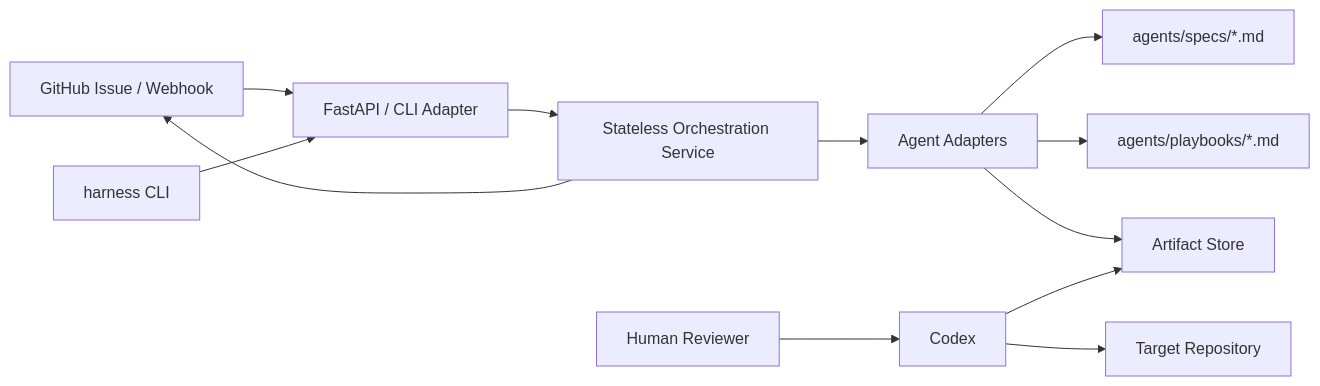
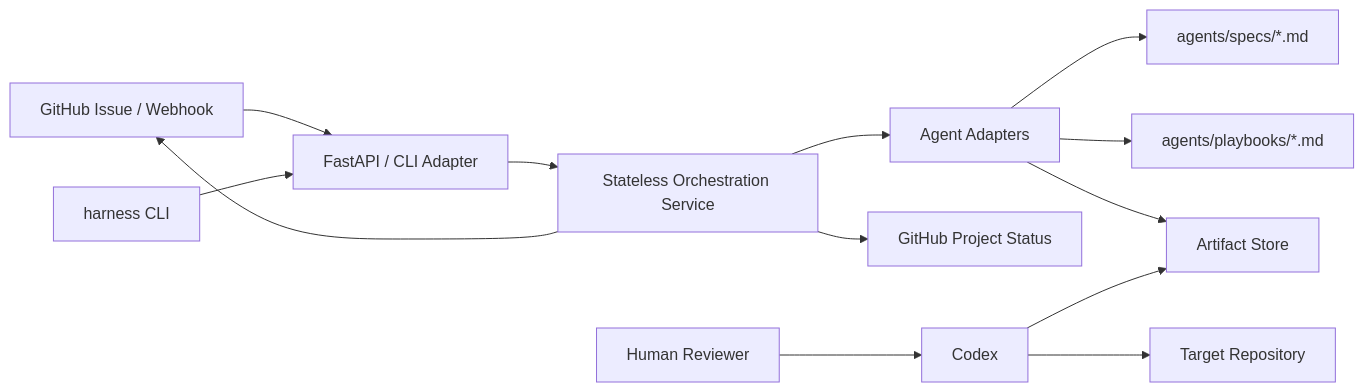
Before and after one commit to passionryu/Harness: the diagram in docs/architecture.md, drawn with Mermaid. The commit also changed other lines of this file and 7 other files, not shown here.

Commit message:
DB 없이 GitHub 칸반 상태 동기화

````diff
--- a/docs/architecture.md
+++ b/docs/architecture.md
@@ -5,14 +5,15 @@
 ```mermaid
 flowchart LR
     GH["GitHub Issue / Webhook"] --> API["FastAPI / CLI Adapter"]
     CLI["harness CLI"] --> API
     API --> OR["Stateless Orchestration Service"]
     OR --> AG["Agent Adapters"]
     AG --> SPEC["agents/specs/*.md"]
     AG --> PB["agents/playbooks/*.md"]
     AG --> AR["Artifact Store"]
+    OR --> GP["GitHub Project Status"]
     CODEX["Codex"] --> AR
     CODEX --> TARGET["Target Repository"]
     HUMAN["Human Reviewer"] --> CODEX
     OR --> GH
 ```
````
